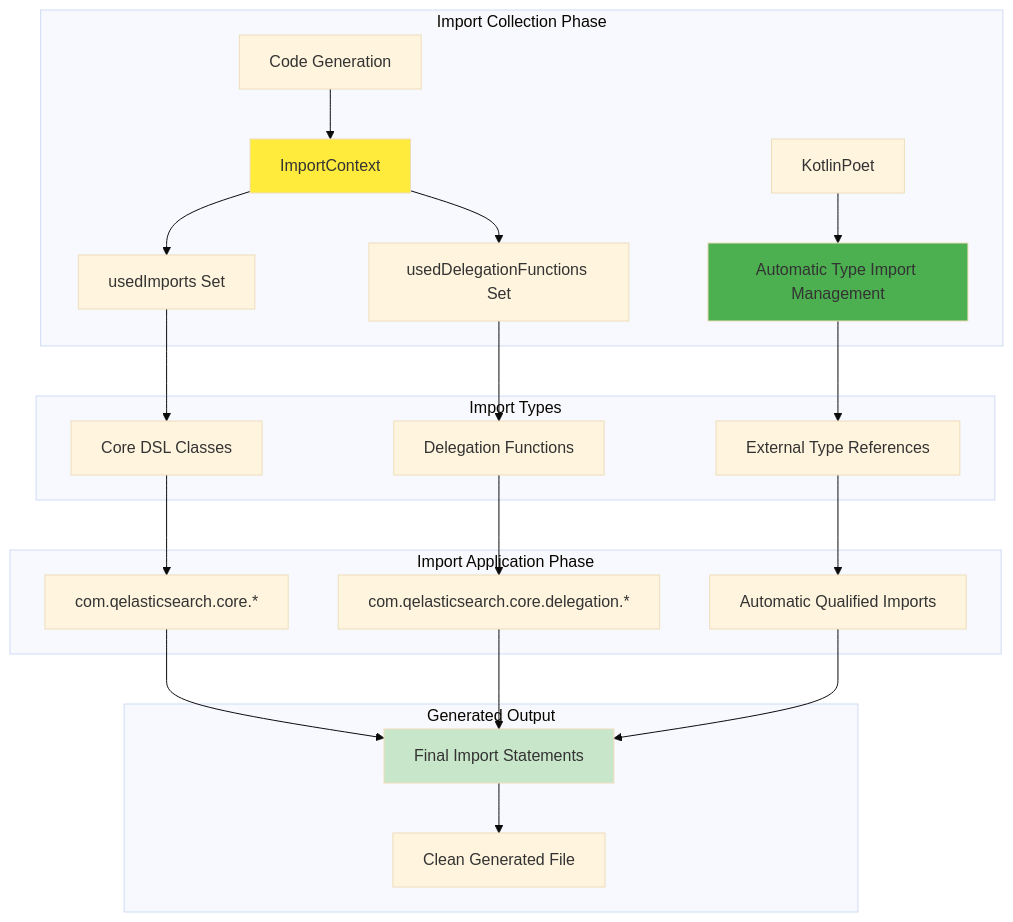
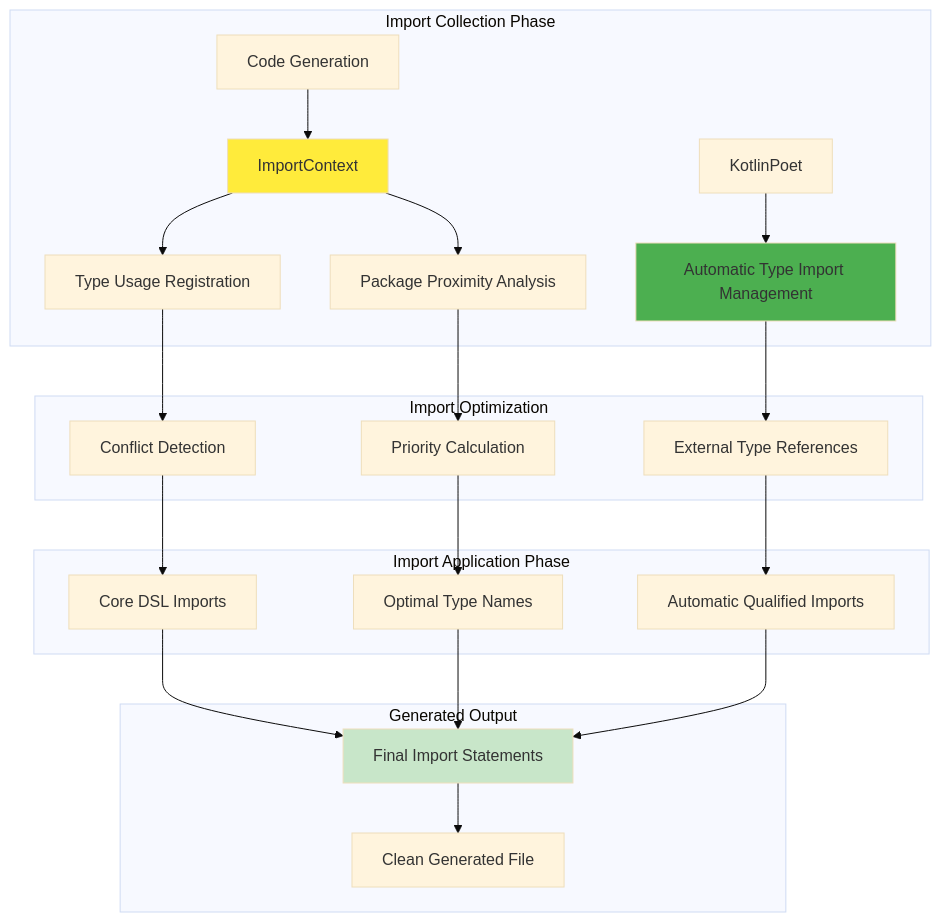
Before and after one commit to ekino/Metalastic: the eighth of 14 diagrams in processor.md, drawn with Mermaid (base theme). The commit also changed other lines of this file and 7 other files, not shown here.

````diff
--- a/processor.md
+++ b/processor.md
@@ -319,32 +319,32 @@
 ```mermaid
 graph TD
     subgraph "Import Collection Phase"
         A[Code Generation] --> B[ImportContext]
-        B --> C[usedImports Set]
-        B --> D[usedDelegationFunctions Set]
+        B --> C[Type Usage Registration]
+        B --> D[Package Proximity Analysis]
         E[KotlinPoet] --> F[Automatic Type Import Management]
     end
     
-    subgraph "Import Types"
-        C --> G[Core DSL Classes]
-        D --> H[Delegation Functions]
+    subgraph "Import Optimization"
+        C --> G[Conflict Detection]
+        D --> H[Priority Calculation]
         F --> I[External Type References]
     end
     
     subgraph "Import Application Phase"
-        G --> J[com.qelasticsearch.core.*]
-        H --> K[com.qelasticsearch.core.delegation.*]
+        G --> J[Core DSL Imports]
+        H --> K[Optimal Type Names]
         I --> L[Automatic Qualified Imports]
     end
     
     subgraph "Generated Output"
         J --> M[Final Import Statements]
         K --> M
         L --> M
         M --> N[Clean Generated File]
     end
     
     style B fill:#ffeb3b
     style F fill:#4caf50
     style M fill:#c8e6c9
 ```
````
